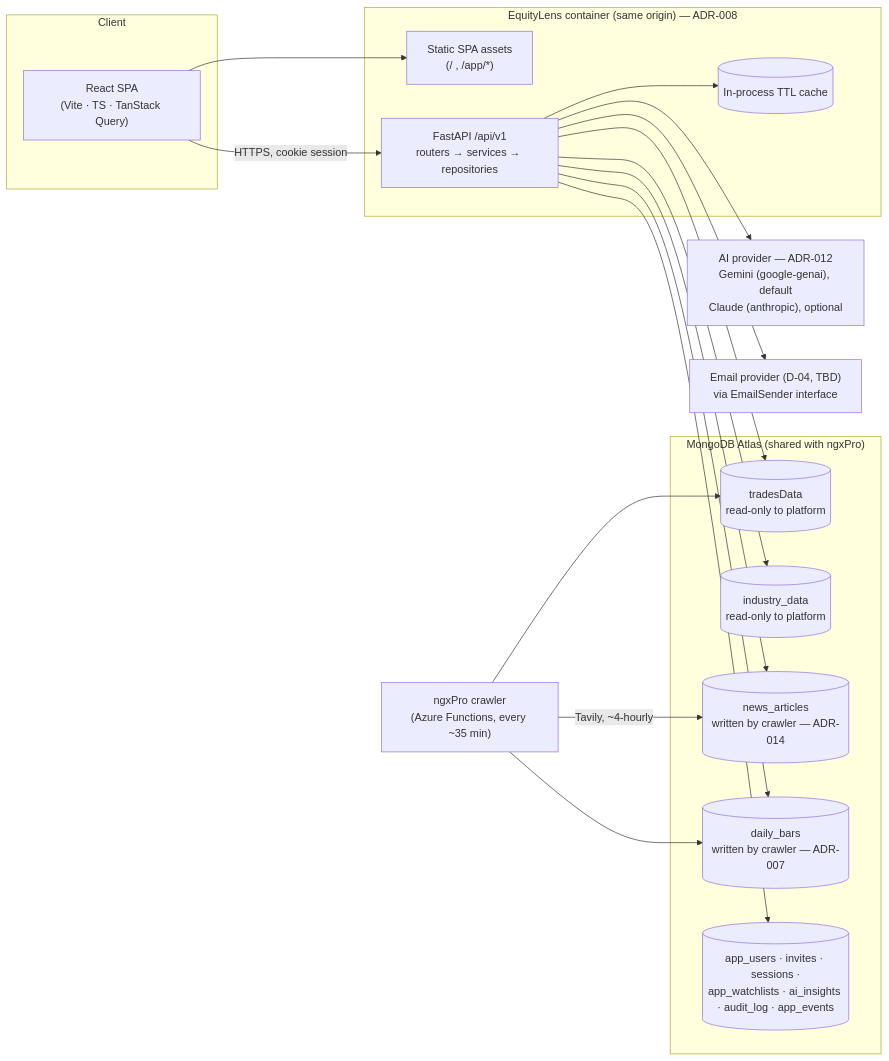
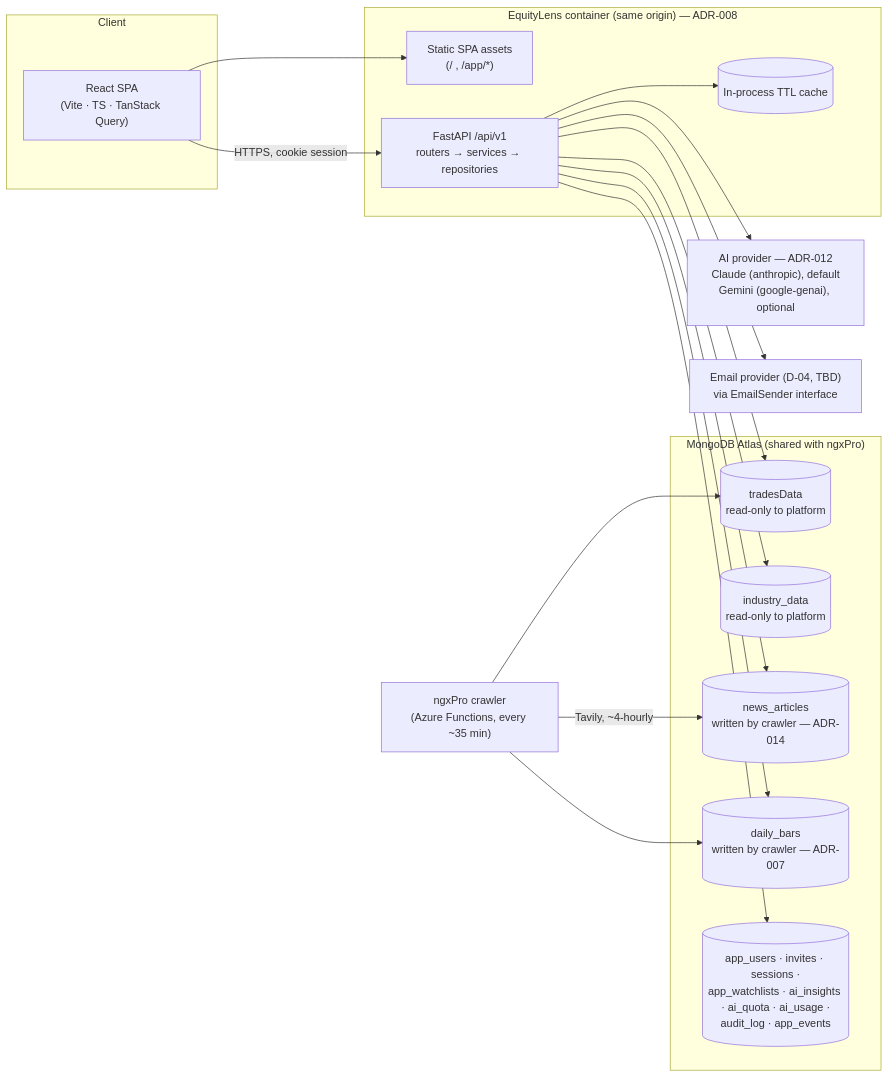
One commit to oladapo-joseph/platformApp changed the diagram in docs/03-architecture.md. Above: the diagram before and after it, drawn with Mermaid. The commit also changed other lines of this file and 33 other files, not shown here.

First line of the commit message:
P4c: AI signal interpretation with Claude by default, Gemini optional

````diff
--- a/docs/03-architecture.md
+++ b/docs/03-architecture.md
@@ -7,34 +7,34 @@
 ```mermaid
 flowchart LR
     subgraph Client
         SPA["React SPA<br/>(Vite · TS · TanStack Query)"]
     end
 
     subgraph "EquityLens container (same origin) — ADR-008"
         STATIC["Static SPA assets<br/>(/ , /app/*)"]
         API["FastAPI /api/v1<br/>routers → services → repositories"]
         CACHE[("In-process TTL cache")]
     end
 
     subgraph "MongoDB Atlas (shared with ngxPro)"
         TD[("tradesData<br/>read-only to platform")]
         ID[("industry_data<br/>read-only to platform")]
         NA[("news_articles<br/>written by crawler — ADR-014")]
         DB[("daily_bars<br/>written by crawler — ADR-007")]
-        U[("app_users · invites · sessions ·<br/>app_watchlists · ai_insights · audit_log · app_events")]
+        U[("app_users · invites · sessions ·<br/>app_watchlists · ai_insights · ai_quota · ai_usage ·<br/>audit_log · app_events")]
     end
 
     CRAWLER["ngxPro crawler<br/>(Azure Functions, every ~35 min)"]
-    AI["AI provider — ADR-012<br/>Gemini (google-genai), default<br/>Claude (anthropic), optional"]
+    AI["AI provider — ADR-012<br/>Claude (anthropic), default<br/>Gemini (google-genai), optional"]
     MAIL["Email provider (D-04, TBD)<br/>via EmailSender interface"]
 
     SPA -- "HTTPS, cookie session" --> API
     SPA --> STATIC
     API --> CACHE
     API --> TD & ID & DB & NA & U
     API --> AI
     API --> MAIL
     CRAWLER --> TD
     CRAWLER --> DB
     CRAWLER -- "Tavily, ~4-hourly" --> NA
 ```
````
